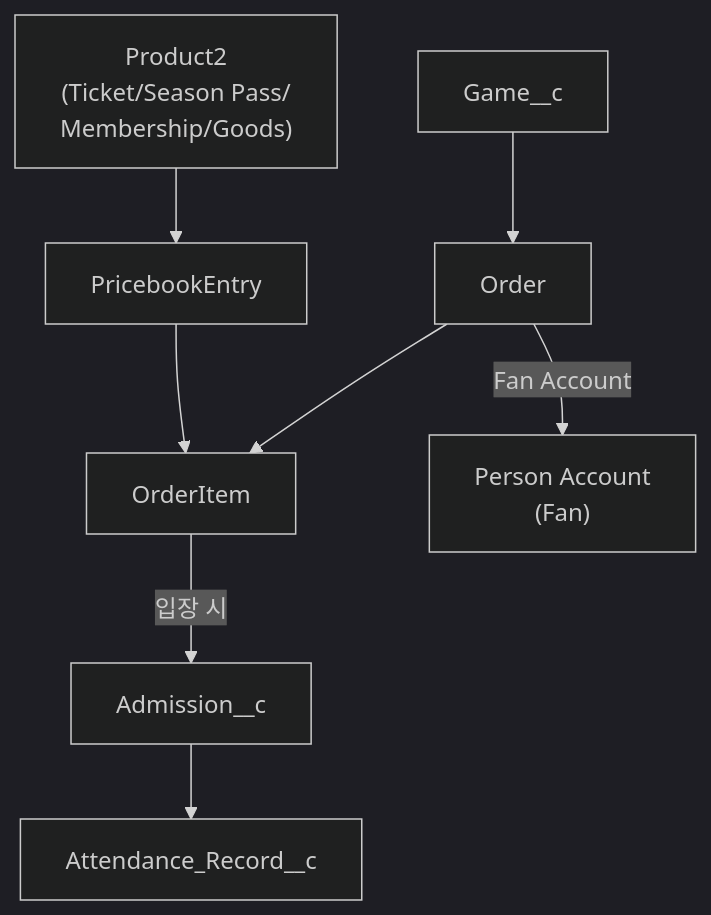
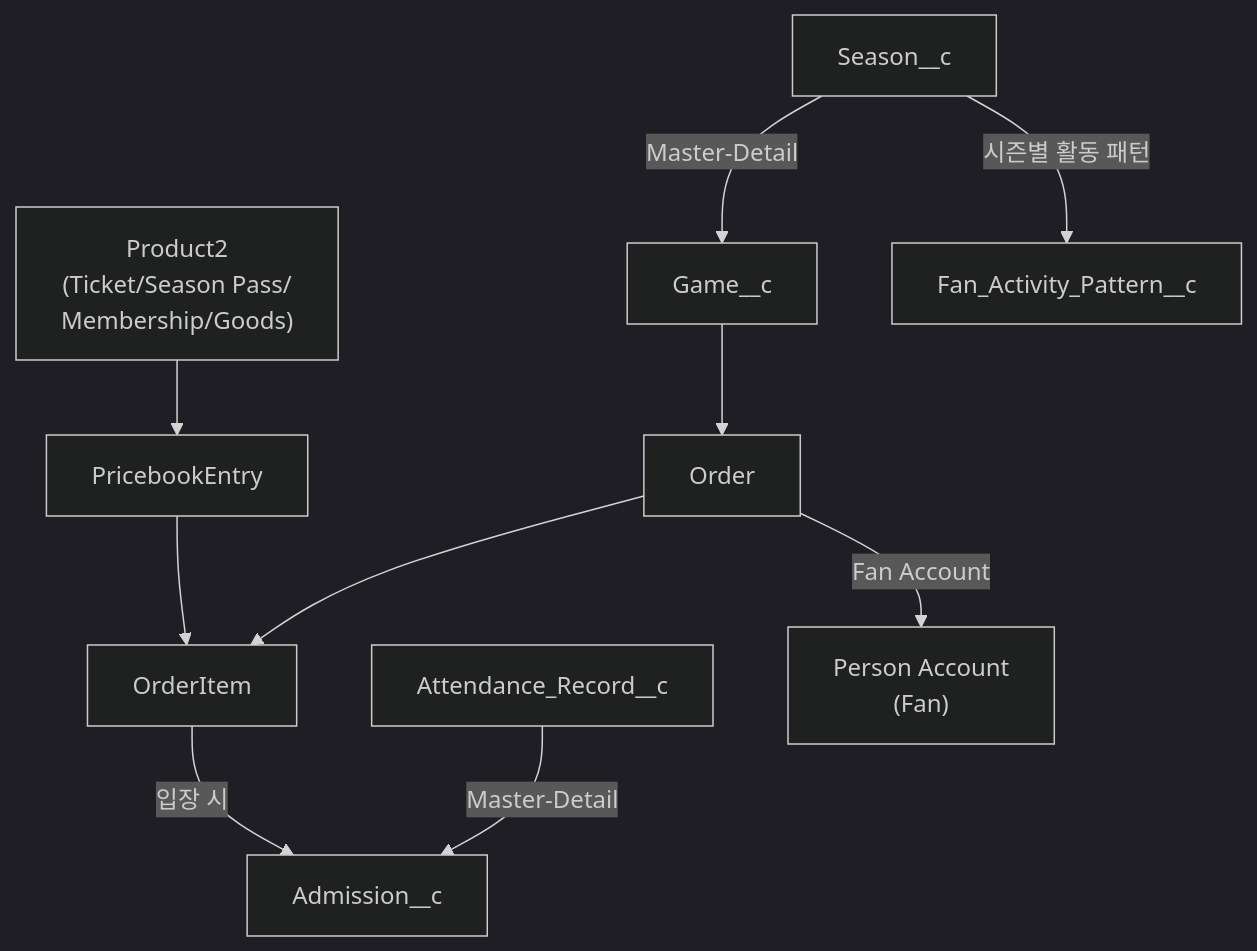
Before and after one commit to CellsOrg/CloudAlpacas: the third of 7 diagrams in docs/03_SYSTEM.md, drawn with Mermaid (dark theme). The commit also changed other lines of this file and 7 other files, not shown here.

````diff
--- a/docs/03_SYSTEM.md
+++ b/docs/03_SYSTEM.md
@@ -363,10 +440,12 @@
 ```mermaid
 graph TD
+    S["Season__c"] -->|Master-Detail| G["Game__c"]
     PR["Product2<br/>(Ticket/Season Pass/<br/>Membership/Goods)"] --> PBE[PricebookEntry]
     PBE --> OI[OrderItem]
-    G["Game__c"] --> O[Order]
+    G --> O[Order]
     O --> OI
     OI -->|입장 시| AD[Admission__c]
-    AD --> AR2[Attendance_Record__c]
+    AR2[Attendance_Record__c] -->|Master-Detail| AD
     O -->|Fan Account| F["Person Account<br/>(Fan)"]
+    S -->|시즌별 활동 패턴| FAP2[Fan_Activity_Pattern__c]
 ```
````
